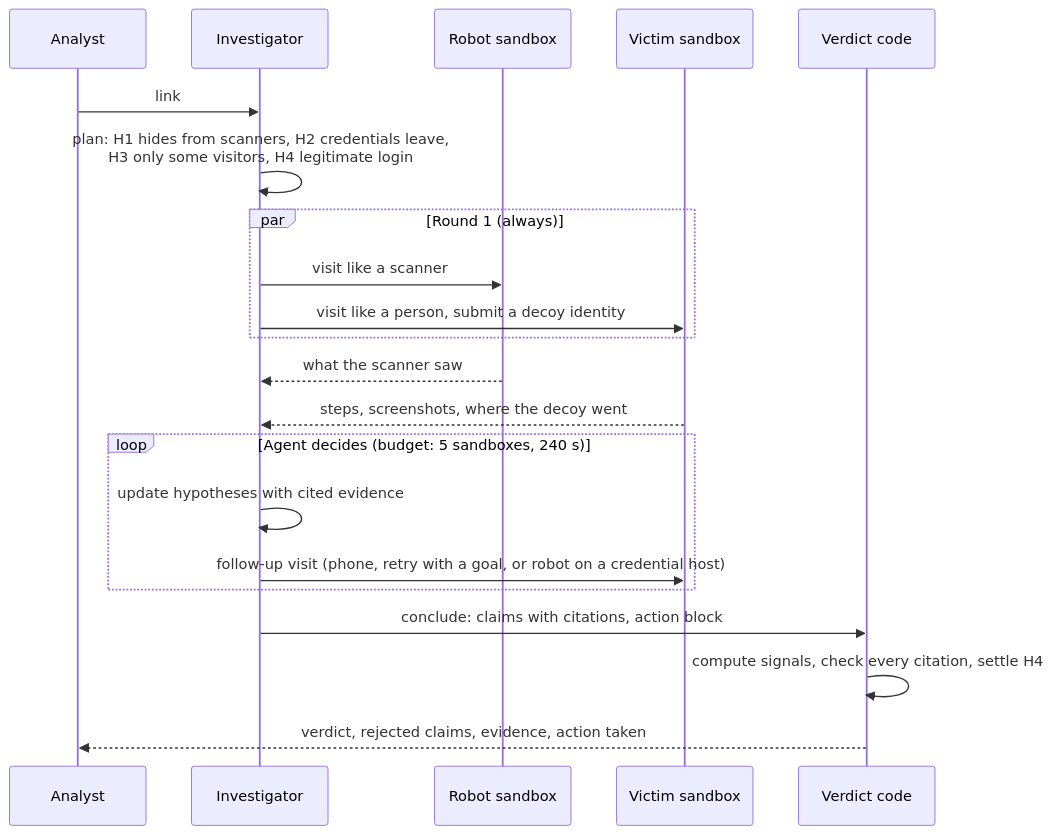
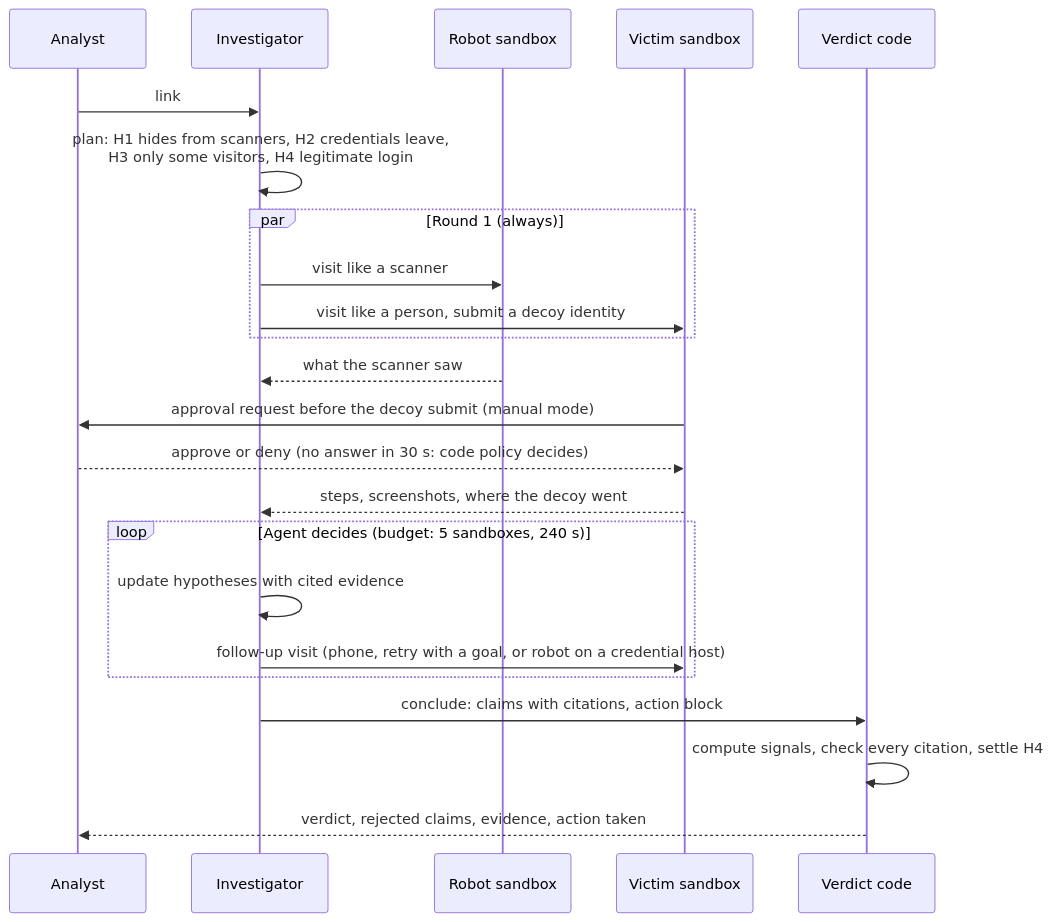
The second of 2 diagrams in docs/ARCHITECTURE.md (rov33r/Phish-Detonator), drawn with Mermaid before and after one commit. The commit also changed other lines of this file and 2 other files, not shown here.

Commit message:
b: demo script for what runs today, approval step in the architecture, drop Object Storage and signing claims (#54)

````diff
--- a/docs/ARCHITECTURE.md
+++ b/docs/ARCHITECTURE.md
@@ -47,23 +46,25 @@
 ```mermaid
 sequenceDiagram
     participant A as Analyst
     participant I as Investigator
     participant R as Robot sandbox
     participant V as Victim sandbox
     participant C as Verdict code
     A->>I: link
     I->>I: plan: H1 hides from scanners, H2 credentials leave,<br/>H3 only some visitors, H4 legitimate login
     par Round 1 (always)
         I->>R: visit like a scanner
         I->>V: visit like a person, submit a decoy identity
     end
     R-->>I: what the scanner saw
+    V->>A: approval request before the decoy submit (manual mode)
+    A-->>V: approve or deny (no answer in 30 s: code policy decides)
     V-->>I: steps, screenshots, where the decoy went
     loop Agent decides (budget: 5 sandboxes, 240 s)
         I->>I: update hypotheses with cited evidence
         I->>V: follow-up visit (phone, retry with a goal, or robot on a credential host)
     end
     I->>C: conclude: claims with citations, action block
     C->>C: compute signals, check every citation, settle H4
     C-->>A: verdict, rejected claims, evidence, action taken
 ```
````
